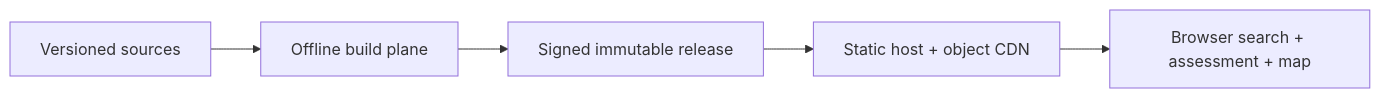
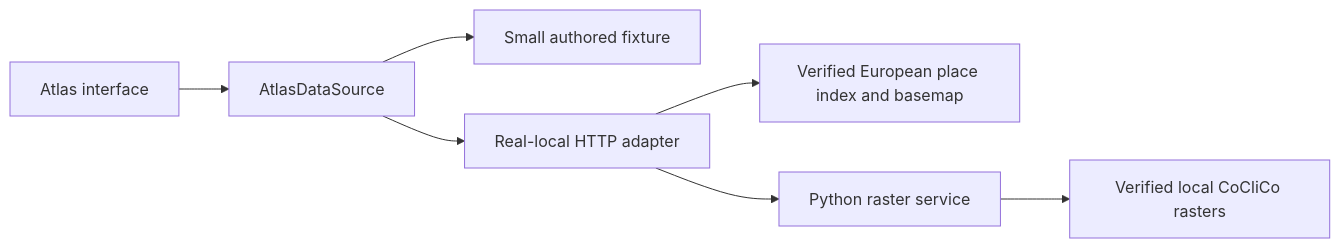
One commit to artemsemdev/SeaRise-Europe changed the diagram in docs/architecture/README.md. Above: the diagram before and after it, drawn with Mermaid. The commit also changed other lines of this file and 8 other files, not shown here.

Commit message:
docs(atlas): document local development and scope the retained backlog

````diff
--- a/docs/architecture/README.md
+++ b/docs/architecture/README.md
@@ -19,10 +18,9 @@
 ```mermaid
 flowchart LR
-    Source[Versioned sources]
-    Build[Offline build plane]
-    Release[Signed immutable release]
-    Edge[Static host + object CDN]
-    Browser[Browser search + assessment + map]
-
-    Source --> Build --> Release --> Edge --> Browser
+    UI[Atlas interface] --> Source[AtlasDataSource]
+    Source --> Fixture[Small authored fixture]
+    Source --> HTTP[Real-local HTTP adapter]
+    HTTP --> Context[Verified European place index and basemap]
+    HTTP --> Raster[Python raster service]
+    Raster --> Files[Verified local CoCliCo rasters]
 ```
````
